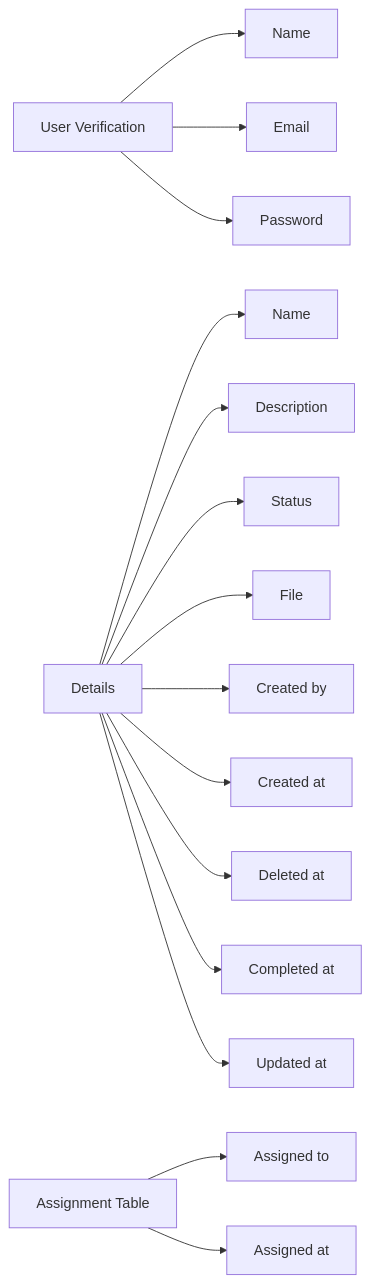
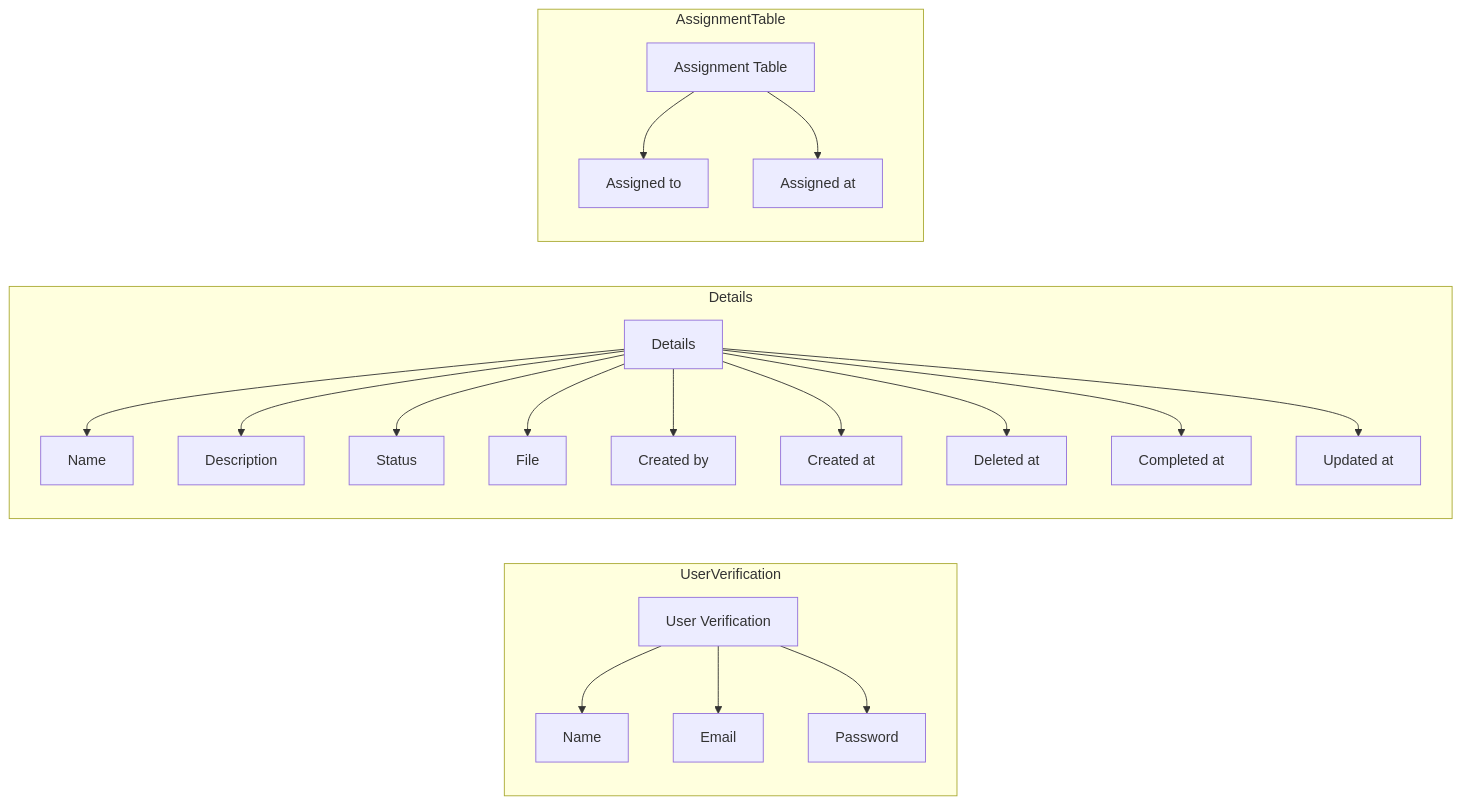
One commit to AryanBangwal/CRM---Tickets-Module changed the diagram in database-layout.mermaid. Above: the diagram before and after it, drawn with Mermaid.

```diff
--- a/database-layout.mermaid
+++ b/database-layout.mermaid
@@ -1,17 +1,23 @@
 flowchart LR
-    A["User Verification"] --> B["Name"]
-    A --> C["Email"]
-    A --> D["Password"]
+    subgraph UserVerification
+        A["User Verification"] --> B["Name"]
+        A --> C["Email"]
+        A --> D["Password"]
+    end
 
-    E["Details"] --> F["Name"]
-    E --> G["Description"]
-    E --> H["Status"]
-    E --> I["File"]
-    E --> J["Created by"]
-    E --> K["Created at"]
-    E --> L["Deleted at"]
-    E --> M["Completed at"]
-    E --> N["Updated at"]
+    subgraph Details
+        E["Details"] --> F["Name"]
+        E --> G["Description"]
+        E --> H["Status"]
+        E --> I["File"]
+        E --> J["Created by"]
+        E --> K["Created at"]
+        E --> L["Deleted at"]
+        E --> M["Completed at"]
+        E --> N["Updated at"]
+    end
 
-    O["Assignment Table"] --> P["Assigned to"]
-    O --> Q["Assigned at"]
+    subgraph AssignmentTable
+        O["Assignment Table"] --> P["Assigned to"]
+        O --> Q["Assigned at"]
+    end
```
